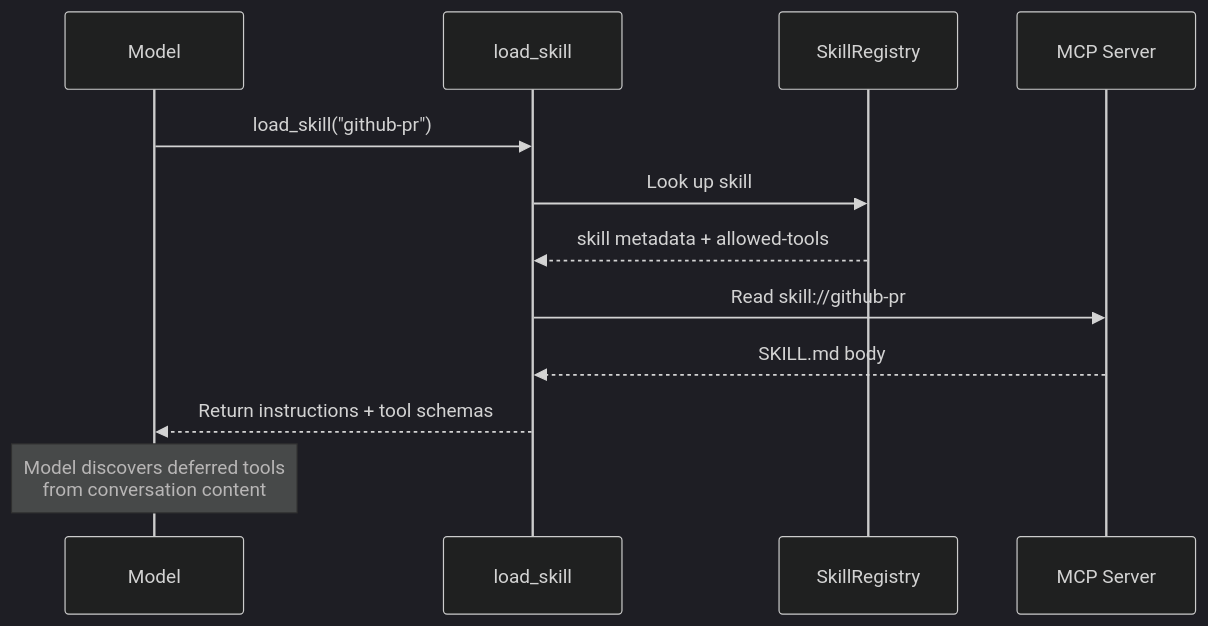
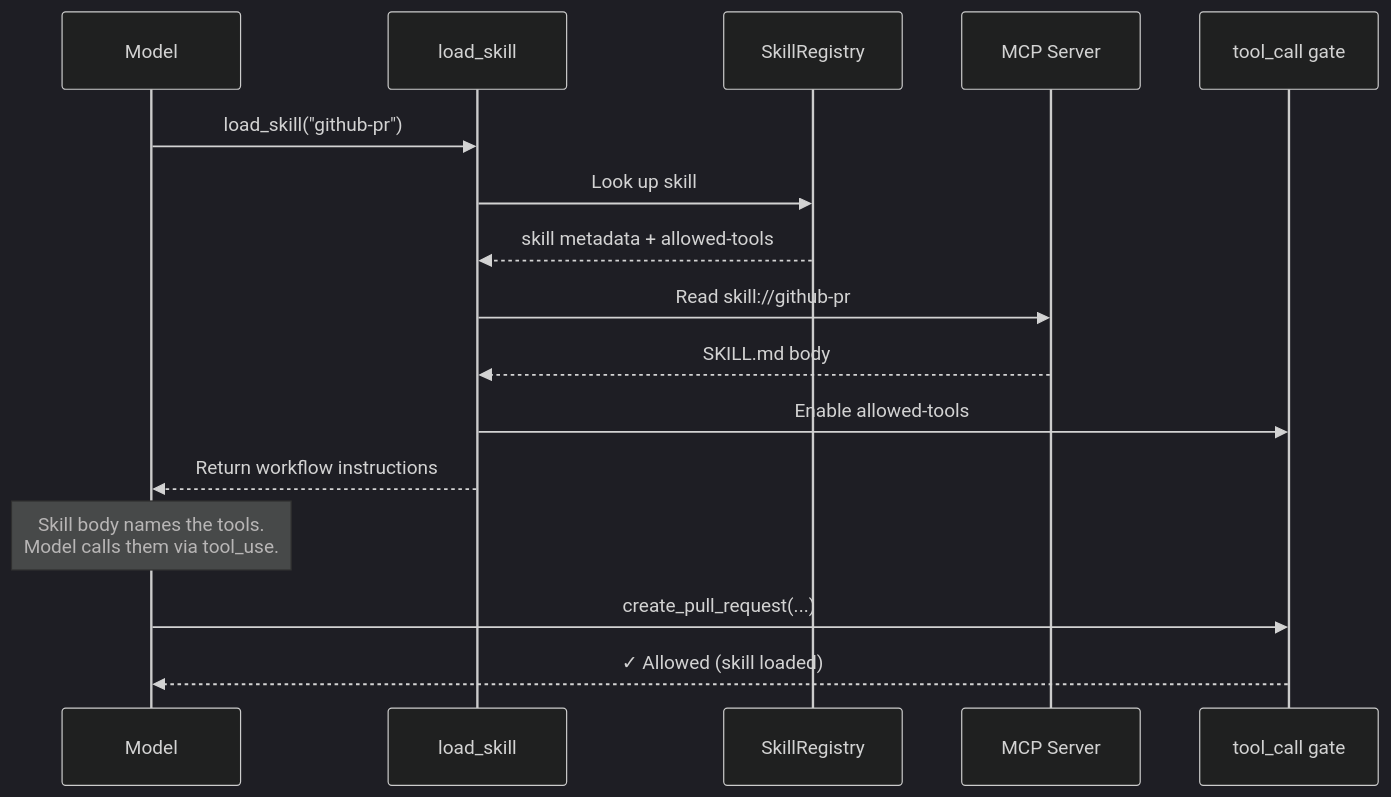
One commit to SamMorrowDrums/mcpi-ext changed the first of 3 diagrams in README.md. Above: the diagram before and after it, drawn with Mermaid (dark theme). The commit also changed other lines of this file and 1 other file, not shown here.

First line of the commit message:
docs: document deferred tool gating mechanism

````diff
--- a/README.md
+++ b/README.md
@@ -42,15 +51,19 @@
 ```mermaid
 sequenceDiagram
     participant Model
     participant load_skill
     participant SkillRegistry
     participant MCP Server
+    participant tool_call gate
 
     Model->>load_skill: load_skill("github-pr")
     load_skill->>SkillRegistry: Look up skill
     SkillRegistry-->>load_skill: skill metadata + allowed-tools
     load_skill->>MCP Server: Read skill://github-pr
     MCP Server-->>load_skill: SKILL.md body
-    load_skill-->>Model: Return instructions + tool schemas
-    Note over Model: Model discovers deferred tools<br/>from conversation content
+    load_skill->>tool_call gate: Enable allowed-tools
+    load_skill-->>Model: Return workflow instructions
+    Note over Model: Skill body names the tools.<br/>Model calls them via tool_use.
+    Model->>tool_call gate: create_pull_request(...)
+    tool_call gate-->>Model: ✓ Allowed (skill loaded)
 ```
````
